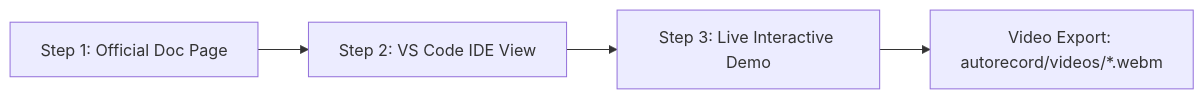
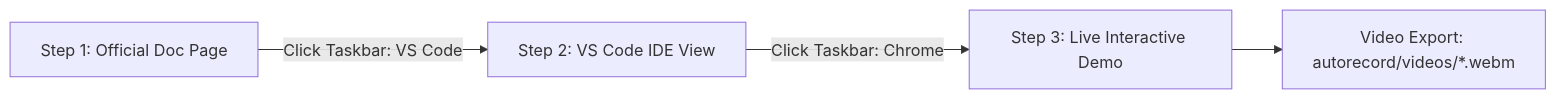
The diagram in autorecord/README.md (MMMustafakamran/Agno-React), drawn with Mermaid before and after one commit. The commit also changed other lines of this file and 10 other files, not shown here.

````diff
--- a/autorecord/README.md
+++ b/autorecord/README.md
@@ -41,6 +48,6 @@
 ```mermaid
 graph LR
-    A[Step 1: Official Doc Page] --> B[Step 2: VS Code IDE View]
-    B --> C[Step 3: Live Interactive Demo]
+    A[Step 1: Official Doc Page] -- Click Taskbar: VS Code --> B[Step 2: VS Code IDE View]
+    B -- Click Taskbar: Chrome --> C[Step 3: Live Interactive Demo]
     C --> D[Video Export: autorecord/videos/*.webm]
 ```
````
